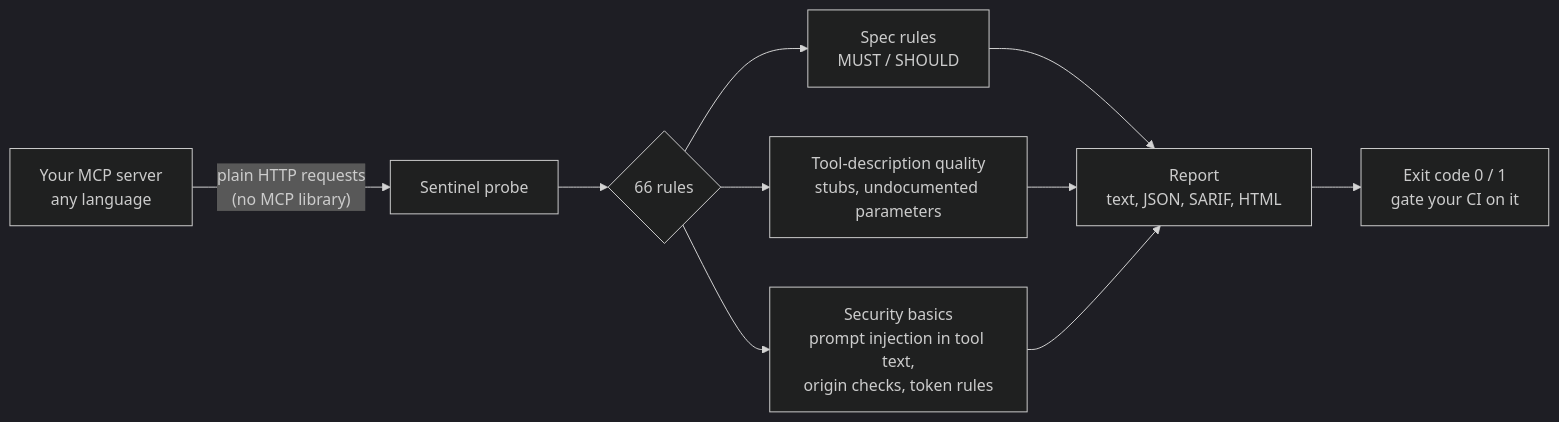
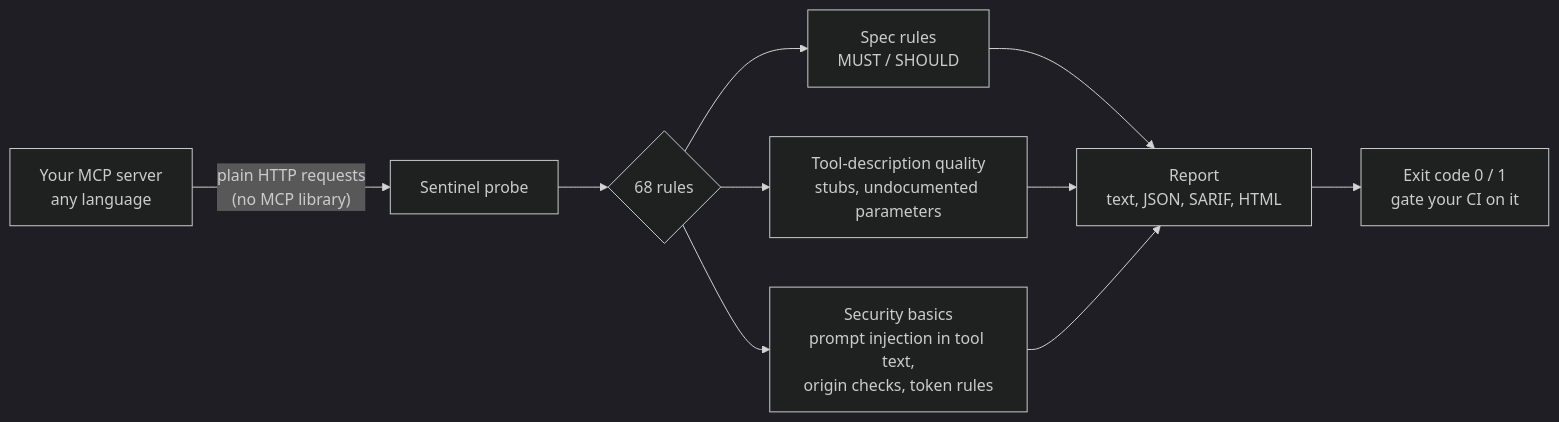
One commit to patsypppe/sentinel changed the diagram in README.md. Above: the diagram before and after it, drawn with Mermaid (dark theme). The commit also changed other lines of this file and 8 other files, not shown here.

First line of the commit message:
perf+docs: share one server process across lint rules (4-7x faster); chart and story-led README

````diff
--- a/README.md
+++ b/README.md
@@ -76,12 +83,12 @@
 ```mermaid
 flowchart LR
     A[Your MCP server<br/>any language] -->|"plain HTTP requests<br/>(no MCP library)"| B[Sentinel probe]
-    B --> C{66 rules}
+    B --> C{68 rules}
     C --> D[Spec rules<br/>MUST / SHOULD]
     C --> E[Tool-description quality<br/>stubs, undocumented parameters]
     C --> F[Security basics<br/>prompt injection in tool text,<br/>origin checks, token rules]
     D --> G[Report<br/>text, JSON, SARIF, HTML]
     E --> G
     F --> G
     G --> H[Exit code 0 / 1<br/>gate your CI on it]
 ```
````
